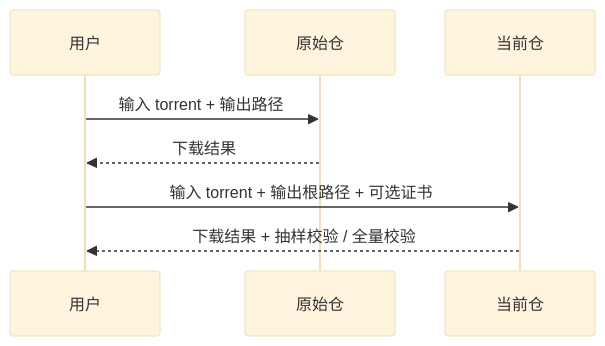
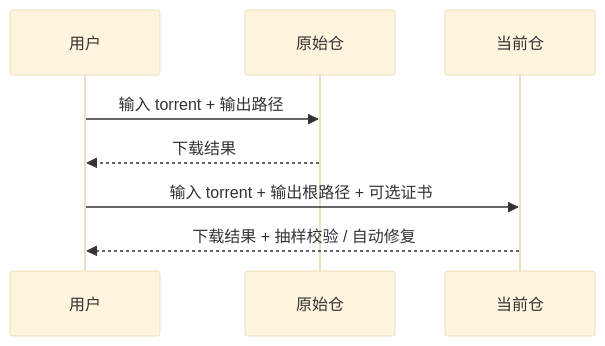
One commit to SimonMing47/BitTorrent changed the fourth of 7 diagrams in docs/compare-with-original.md. Above: the diagram before and after it, drawn with Mermaid (base theme). The commit also changed other lines of this file and 8 other files, not shown here.

Commit message:
Strengthen datacenter reliability flow

````diff
--- a/docs/compare-with-original.md
+++ b/docs/compare-with-original.md
@@ -208,12 +232,12 @@
 ```mermaid
 sequenceDiagram
     participant User as 用户
     participant Original as 原始仓
     participant Current as 当前仓
 
     User->>Original: 输入 torrent + 输出路径
     Original-->>User: 下载结果
 
     User->>Current: 输入 torrent + 输出根路径 + 可选证书
-    Current-->>User: 下载结果 + 抽样校验 / 全量校验
+    Current-->>User: 下载结果 + 抽样校验 / 自动修复
 ```
````
